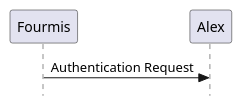
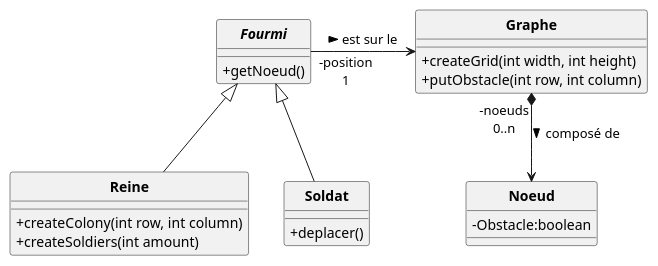
One commit to ErenMustafaGit/ColonieFourmis changed the diagram in Code/uml/Fourmis_DC.puml. Above: the diagram before and after it, drawn with PlantUML.

Commit message:
TD1 - Modification du diagramme de classe

```diff
--- a/Code/uml/Fourmis_DC.puml
+++ b/Code/uml/Fourmis_DC.puml
@@ -1,12 +1,32 @@
 @startuml
 'https://plantuml.com/sequence-diagram
 skinparam style strictuml
 skinparam classAttributeIconSize 0
 skinparam circledCharacterRadius 0
 skinparam circledCharacterFontSize 0
 skinparam classFontStyle Bold
 'autonumber
 
-Fourmis -> Alex: Authentication Request
+class Graphe {
+    +createGrid(int width, int height)
+    +putObstacle(int row, int column)
+}
+class Noeud{
+    -Obstacle:boolean
+}
+
+abstract Fourmi {
+    +getNoeud()
+}
+class Reine extends Fourmi{
+    +createColony(int row, int column)
+    +createSoldiers(int amount)
+}
+class Soldat extends Fourmi{
+    +deplacer()
+}
+
+Graphe "-noeuds\n0..n" *--> Noeud : composé de >
+Fourmi "-position\n1" -> Graphe : est sur le >
 
 @enduml
```
